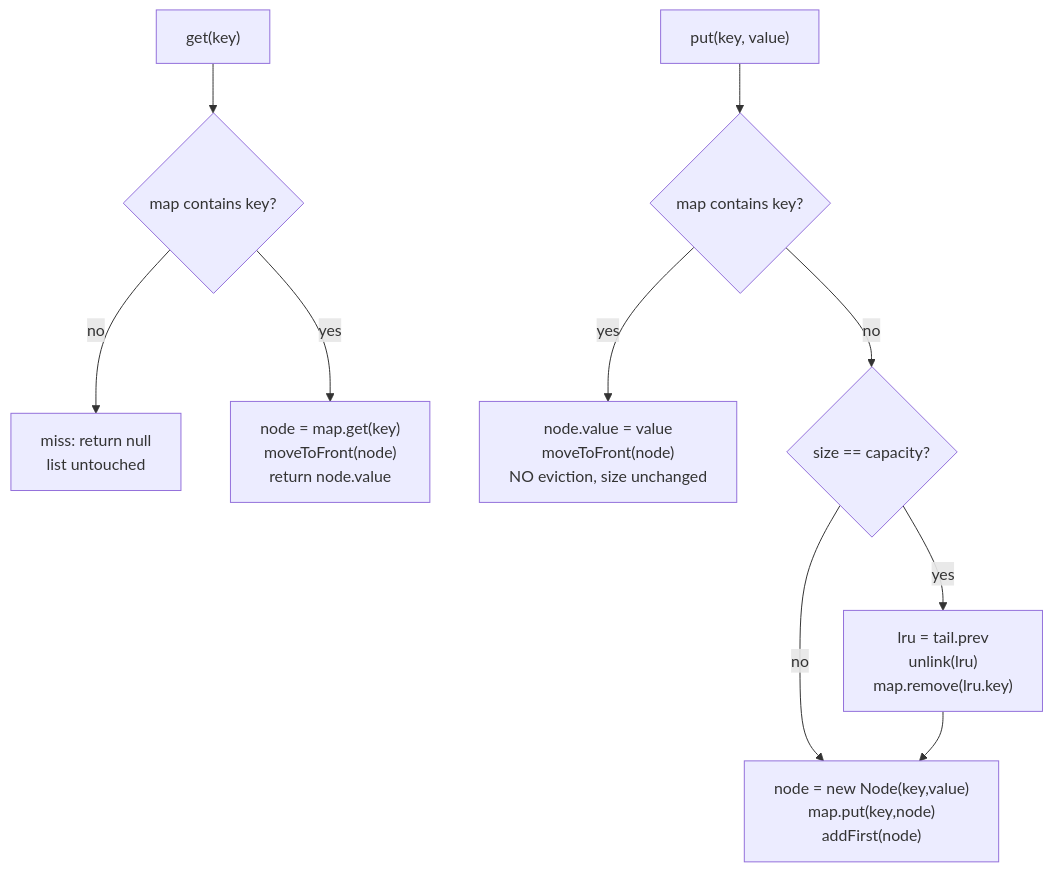
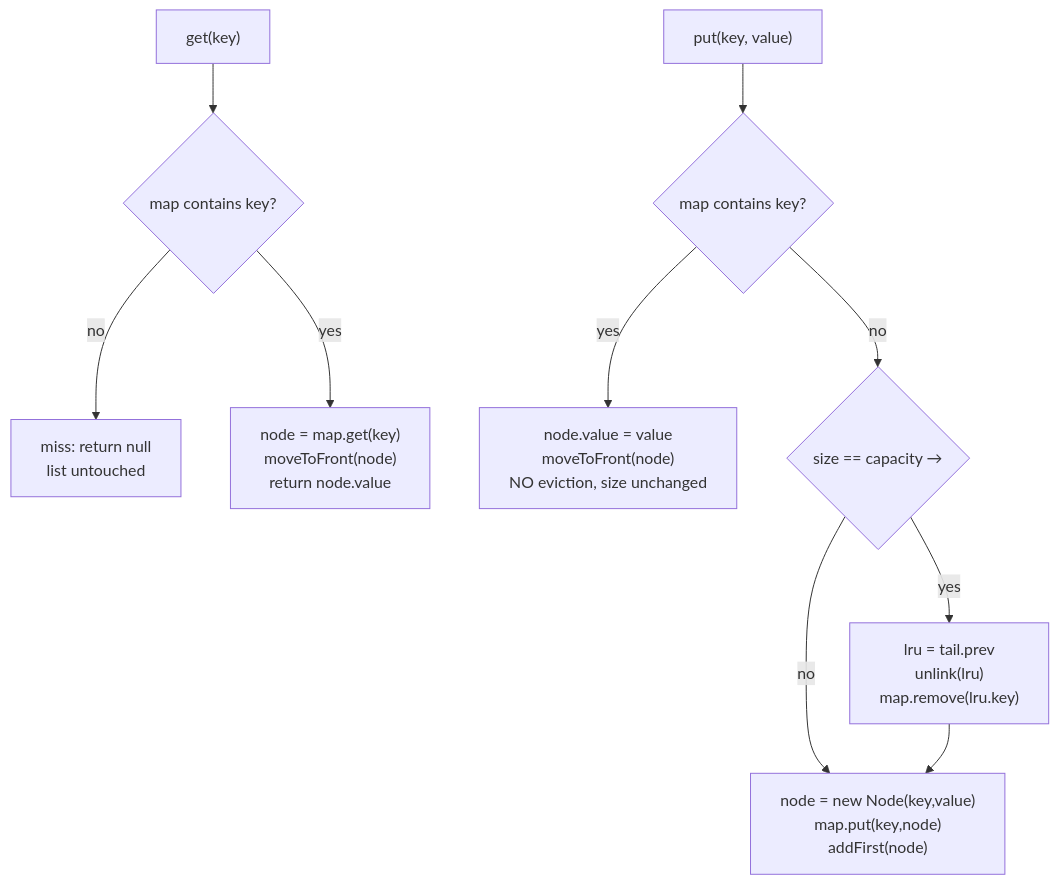
Before and after one commit to gupta-harshal/Design-Patterns: the third of 3 diagrams in Low-Level-Design/05-Infra/LRU-Cache/details.md, drawn with Mermaid. The commit also changed 22 other files, not shown here.

````diff
--- a/Low-Level-Design/05-Infra/LRU-Cache/details.md
+++ b/Low-Level-Design/05-Infra/LRU-Cache/details.md
@@ -166,13 +166,13 @@
 ```mermaid
 flowchart TD
     G["get(key)"] --> GM{"map contains key?"}
     GM -- no --> GN["miss: return null<br/>list untouched"]
     GM -- yes --> GY["node = map.get(key)<br/>moveToFront(node)<br/>return node.value"]
 
     P["put(key, value)"] --> PM{"map contains key?"}
     PM -- yes --> PU["node.value = value<br/>moveToFront(node)<br/>NO eviction, size unchanged"]
-    PM -- no --> PF{"size == capacity?"}
+    PM -- no --> PF{"size == capacity → "}
     PF -- yes --> PE["lru = tail.prev<br/>unlink(lru)<br/>map.remove(lru.key)"]
     PF -- no --> PI
     PE --> PI["node = new Node(key,value)<br/>map.put(key,node)<br/>addFirst(node)"]
 ```
````
